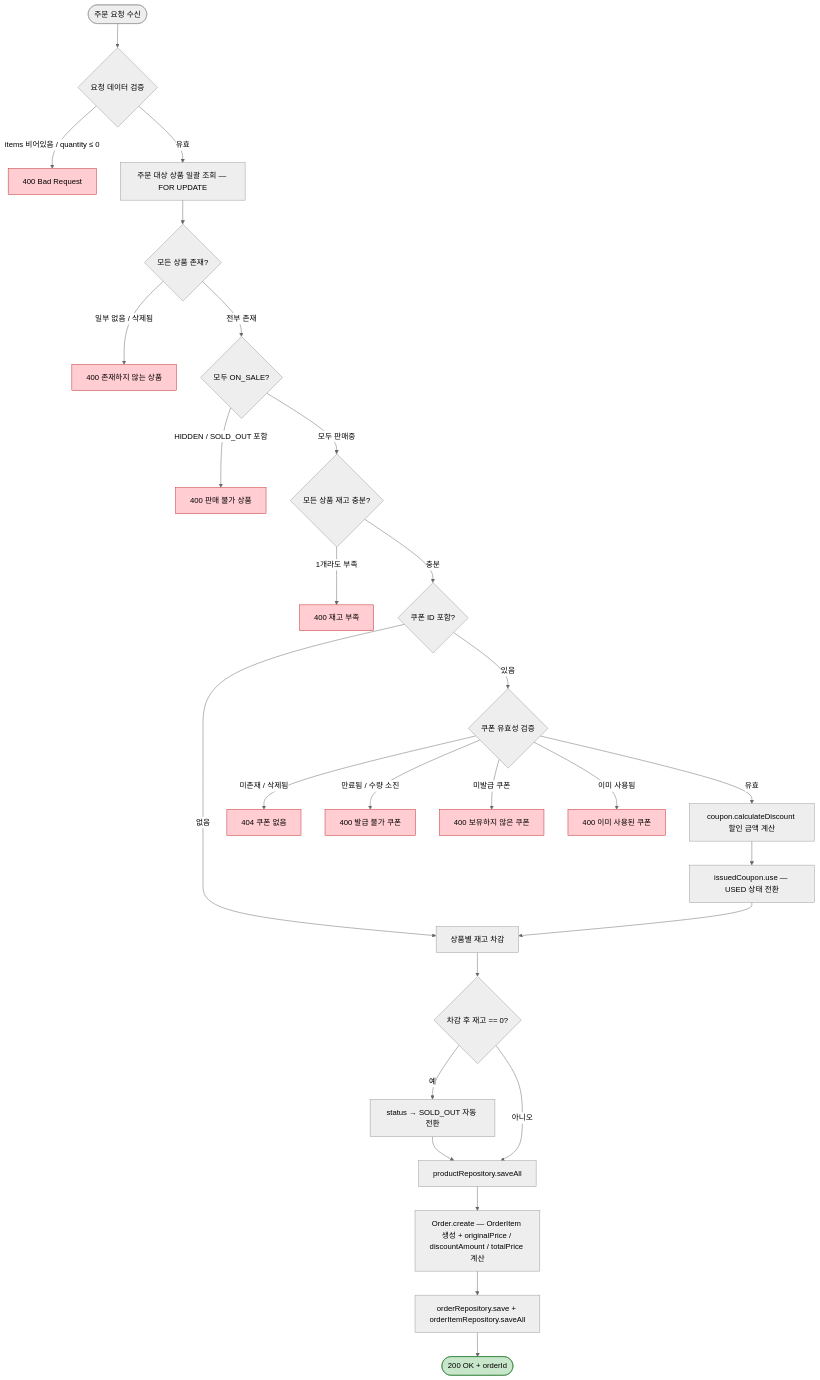
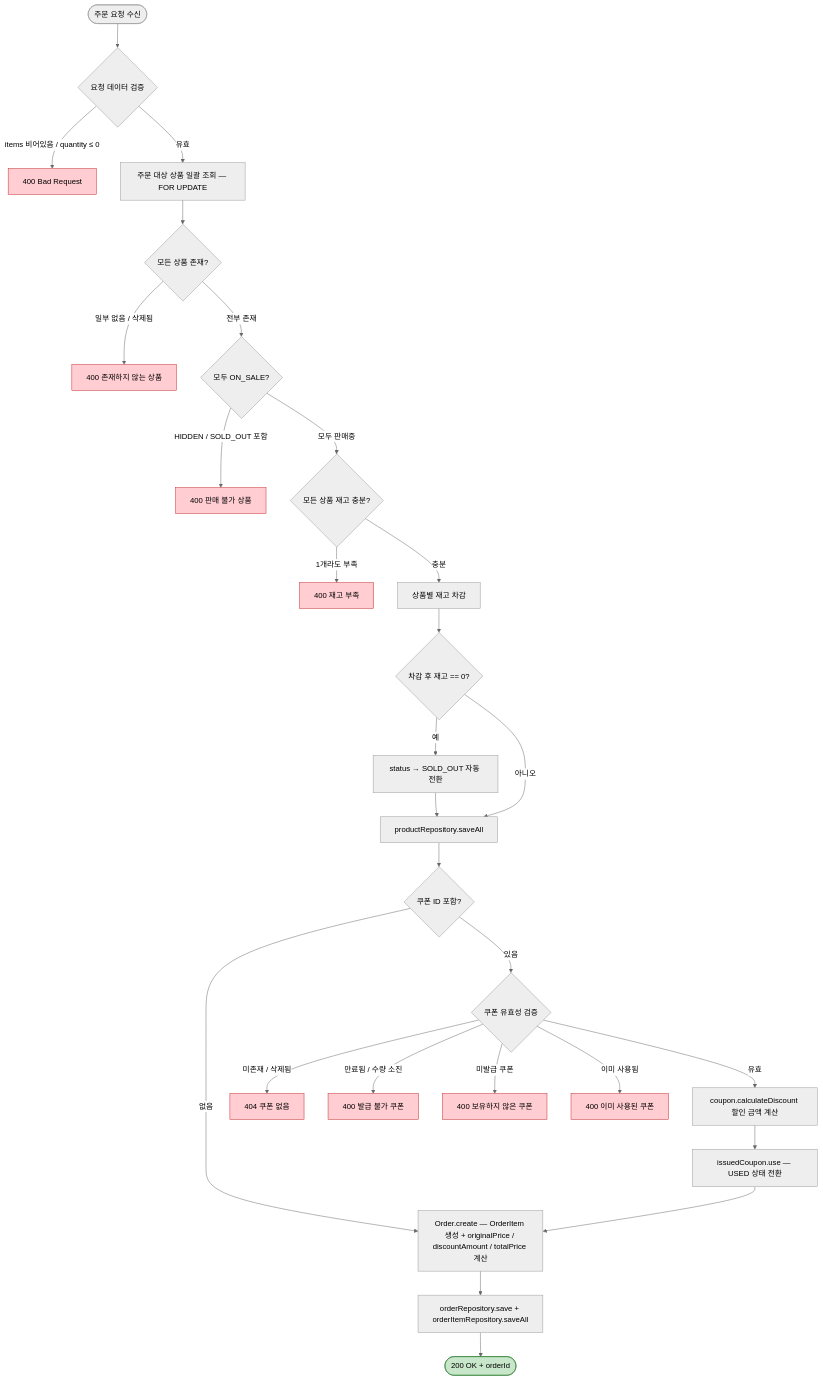
The second of 6 diagrams in docs/design/05-flowcharts.md (Loopers-dev-lab/loop-pack-be-l2-vol3-kotlin), drawn with Mermaid (neutral theme) before and after one commit. The commit also changed other lines of this file and 5 other files, not shown here.

````diff
--- a/docs/design/05-flowcharts.md
+++ b/docs/design/05-flowcharts.md
@@ -57,36 +57,37 @@
 ```mermaid
 flowchart TB
     Start([주문 요청 수신]) --> Validate{요청 데이터 검증}
     Validate -->|items 비어있음 / quantity ≤ 0| Err400[400 Bad Request]:::error
 
     Validate -->|유효| FetchProducts[주문 대상 상품 일괄 조회 — FOR UPDATE]
     FetchProducts --> CheckExist{모든 상품 존재?}
     CheckExist -->|일부 없음 / 삭제됨| Err400_2[400 존재하지 않는 상품]:::error
 
     CheckExist -->|전부 존재| CheckStatus{모두 ON_SALE?}
     CheckStatus -->|HIDDEN / SOLD_OUT 포함| Err400_3[400 판매 불가 상품]:::error
 
     CheckStatus -->|모두 판매중| CheckStock{모든 상품 재고 충분?}
     CheckStock -->|1개라도 부족| Err400_4[400 재고 부족]:::error
 
-    CheckStock -->|충분| CheckCoupon{쿠폰 ID 포함?}
-    CheckCoupon -->|없음| Deduct
+    CheckStock -->|충분| Deduct
+    Deduct[상품별 재고 차감] --> AutoStatus{차감 후 재고 == 0?}
+    AutoStatus -->|예| StatusChange[status → SOLD_OUT 자동 전환]
+    AutoStatus -->|아니오| SaveProducts
+    StatusChange --> SaveProducts[productRepository.saveAll]
+    SaveProducts --> CheckCoupon{쿠폰 ID 포함?}
+    CheckCoupon -->|없음| CreateOrder
     CheckCoupon -->|있음| ValidateCoupon{쿠폰 유효성 검증}
     ValidateCoupon -->|미존재 / 삭제됨| Err404_coupon[404 쿠폰 없음]:::error
     ValidateCoupon -->|만료됨 / 수량 소진| Err400_coupon[400 발급 불가 쿠폰]:::error
     ValidateCoupon -->|미발급 쿠폰| Err400_notissued[400 보유하지 않은 쿠폰]:::error
     ValidateCoupon -->|이미 사용됨| Err400_used[400 이미 사용된 쿠폰]:::error
     ValidateCoupon -->|유효| CalcDiscount[coupon.calculateDiscount 할인 금액 계산]
     CalcDiscount --> MarkUsed[issuedCoupon.use — USED 상태 전환]
-    MarkUsed --> Deduct
-    Deduct[상품별 재고 차감] --> AutoStatus{차감 후 재고 == 0?}
-    AutoStatus -->|예| StatusChange[status → SOLD_OUT 자동 전환]
-    AutoStatus -->|아니오| SaveProducts
-    StatusChange --> SaveProducts[productRepository.saveAll]
-    SaveProducts --> CreateOrder[Order.create — OrderItem 생성 + originalPrice / discountAmount / totalPrice 계산]
+    MarkUsed --> CreateOrder
+    CreateOrder[Order.create — OrderItem 생성 + originalPrice / discountAmount / totalPrice 계산]
     CreateOrder --> SaveOrder[orderRepository.save + orderItemRepository.saveAll]
     SaveOrder --> Response([200 OK + orderId]):::success
 
     classDef error fill:#ffcdd2,stroke:#c62828
     classDef success fill:#c8e6c9,stroke:#2e7d32
 ```
````
